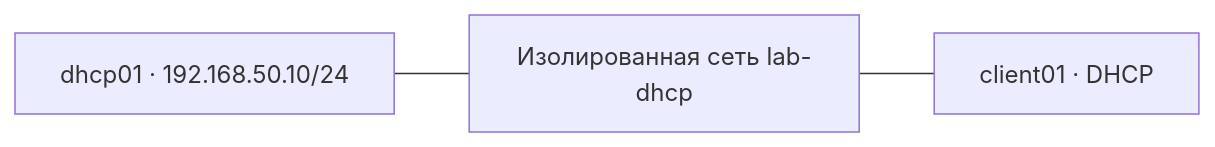
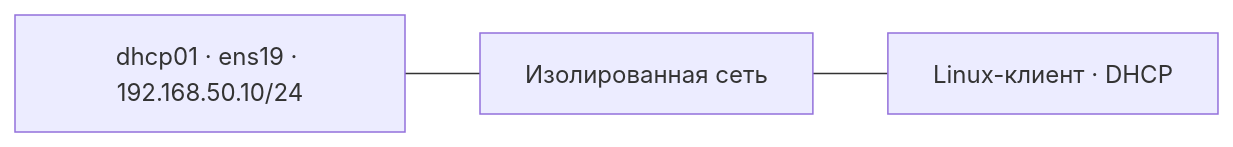
Before and after one commit to Dzhambulat-Kagermanov/obsidian-vault: the diagram in DevOps/Сетевое и системное администрирование/2. Сети/5. Сетевые сервисы (L7)/2. DHCP/1. ISC DHCP Server/2. Установка и базовая настройка.md, drawn with Mermaid. The commit also changed other lines of this file, not shown here.

Commit message:
auto backup: 2026-11-14 14:25:08 M DevOps/Сетевое и системное администрирование/2. Сети/5. Сетевые сервисы (L7)/2. DHCP/1. ISC DHCP Server/2. Установка и базовая настройка.md

````diff
--- a/DevOps/Сетевое и системное администрирование/2. Сети/5. Сетевые сервисы (L7)/2. DHCP/1. ISC DHCP Server/2. Установка и базовая настройка.md
+++ b/DevOps/Сетевое и системное администрирование/2. Сети/5. Сетевые сервисы (L7)/2. DHCP/1. ISC DHCP Server/2. Установка и базовая настройка.md
@@ -21,5 +17,5 @@
 ```mermaid
 flowchart LR
-    S["dhcp01 · 192.168.50.10/24"] --- N["Изолированная сеть lab-dhcp"]
-    N --- C["client01 · DHCP"]
+    S["dhcp01 · ens19 · 192.168.50.10/24"] --- L["Изолированная сеть"]
+    L --- C["Linux-клиент · DHCP"]
 ```
````
